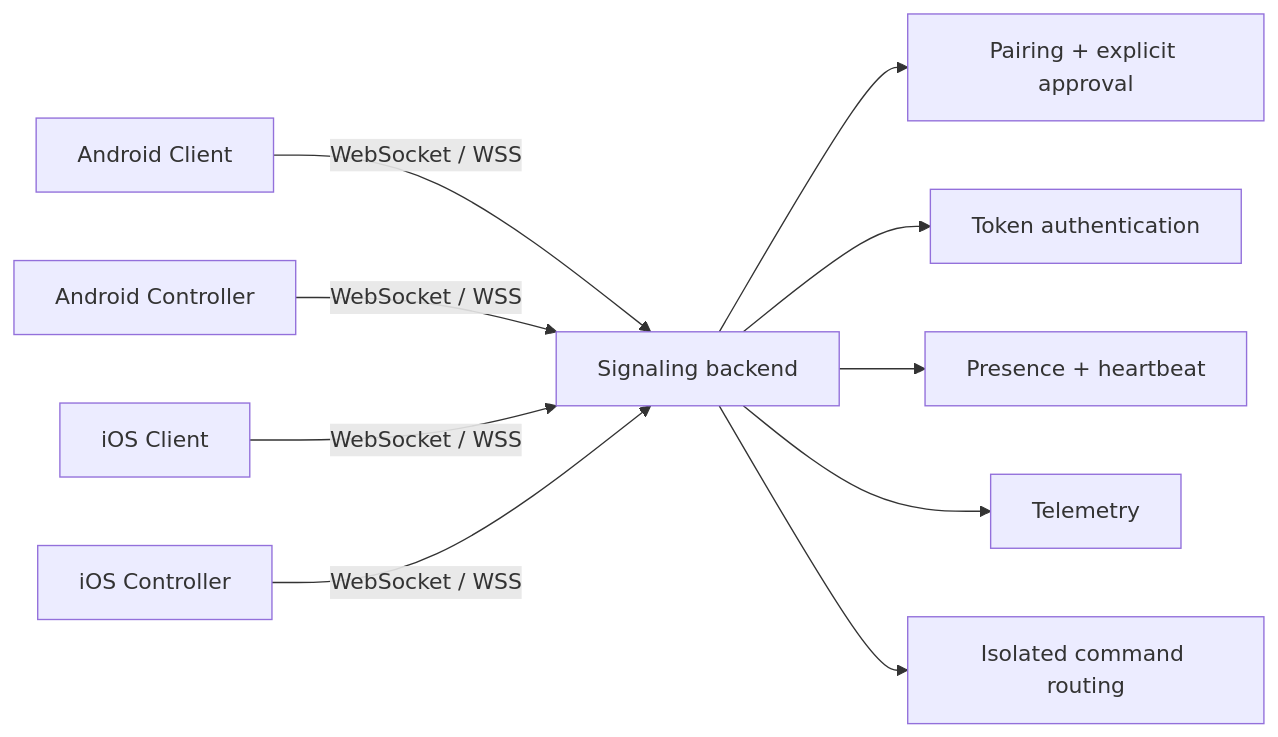
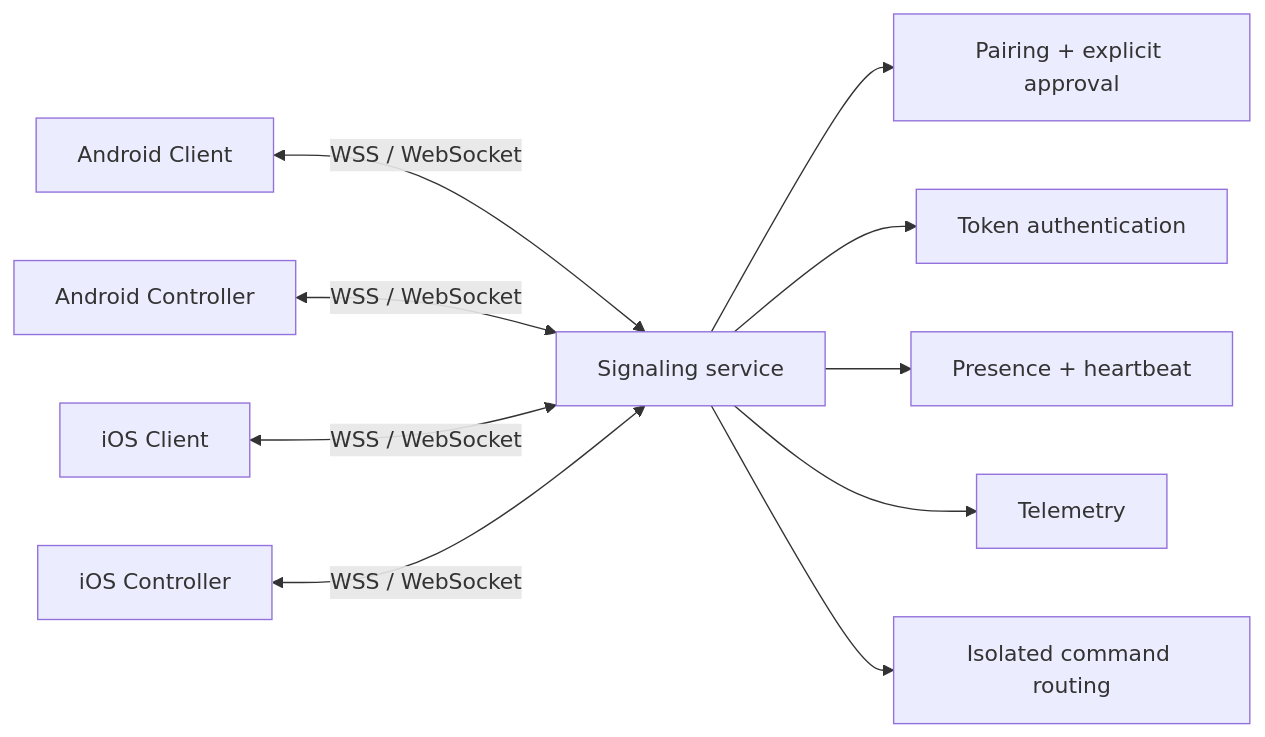
The first of 2 diagrams in README.md (rakhan17/Meizzo), drawn with Mermaid before and after one commit. The commit also changed other lines of this file, not shown here.

````diff
--- a/README.md
+++ b/README.md
@@ -100,12 +77,12 @@
 ```mermaid
 flowchart LR
-  AC[Android Client] -->|WebSocket / WSS| B[Signaling backend]
-  AO[Android Controller] -->|WebSocket / WSS| B
-  IC[iOS Client] -->|WebSocket / WSS| B
-  IO[iOS Controller] -->|WebSocket / WSS| B
-  B --> P[Pairing + explicit approval]
-  B --> A[Token authentication]
-  B --> R[Presence + heartbeat]
-  B --> T[Telemetry]
-  B --> C[Isolated command routing]
+  AC[Android Client] <-->|WSS / WebSocket| S[Signaling service]
+  AO[Android Controller] <-->|WSS / WebSocket| S
+  IC[iOS Client] <-->|WSS / WebSocket| S
+  IO[iOS Controller] <-->|WSS / WebSocket| S
+  S --> P[Pairing + explicit approval]
+  S --> A[Token authentication]
+  S --> R[Presence + heartbeat]
+  S --> T[Telemetry]
+  S --> C[Isolated command routing]
 ```
````
